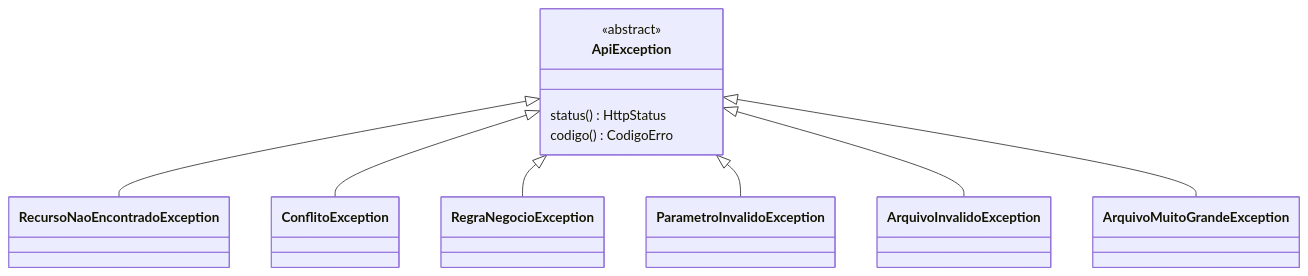
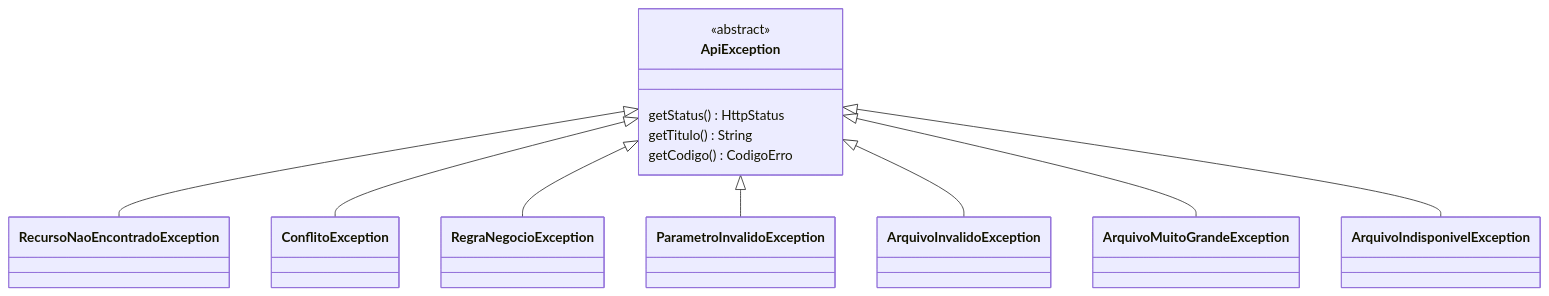
Before and after one commit to rafaelsdiniz/obrigacoes-backend: the seventh of 10 diagrams in docs/02-arquitetura.md, drawn with Mermaid. The commit also changed other lines of this file and 7 other files, not shown here.

````diff
--- a/docs/02-arquitetura.md
+++ b/docs/02-arquitetura.md
@@ -282,15 +283,17 @@
 ```mermaid
 classDiagram
     direction TB
     class ApiException {
         <<abstract>>
-        status() HttpStatus
-        codigo() CodigoErro
+        getStatus() HttpStatus
+        getTitulo() String
+        getCodigo() CodigoErro
     }
     ApiException <|-- RecursoNaoEncontradoException
     ApiException <|-- ConflitoException
     ApiException <|-- RegraNegocioException
     ApiException <|-- ParametroInvalidoException
     ApiException <|-- ArquivoInvalidoException
     ApiException <|-- ArquivoMuitoGrandeException
+    ApiException <|-- ArquivoIndisponivelException
 ```
````
